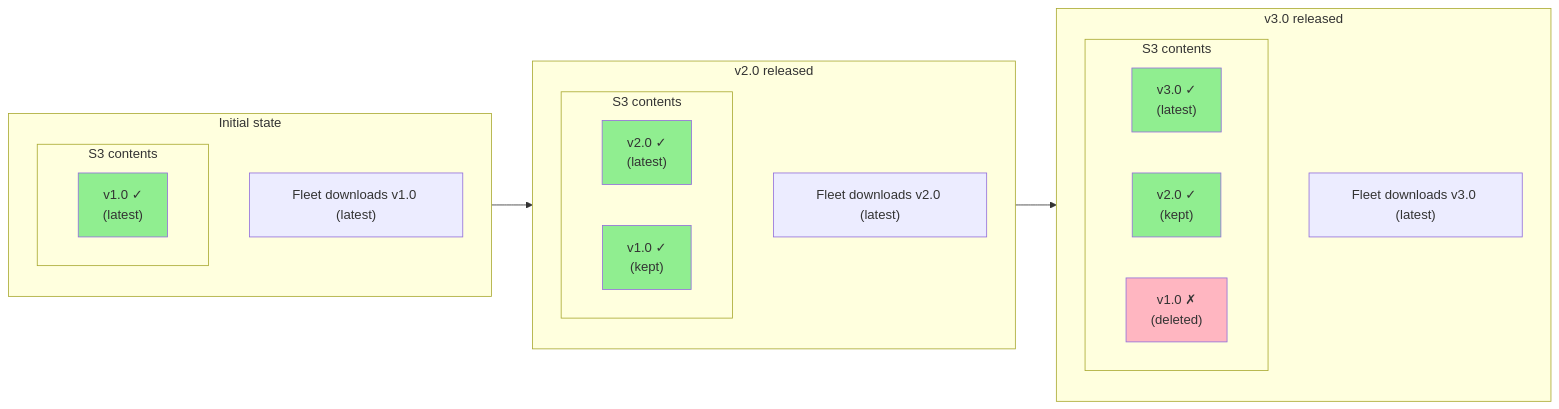
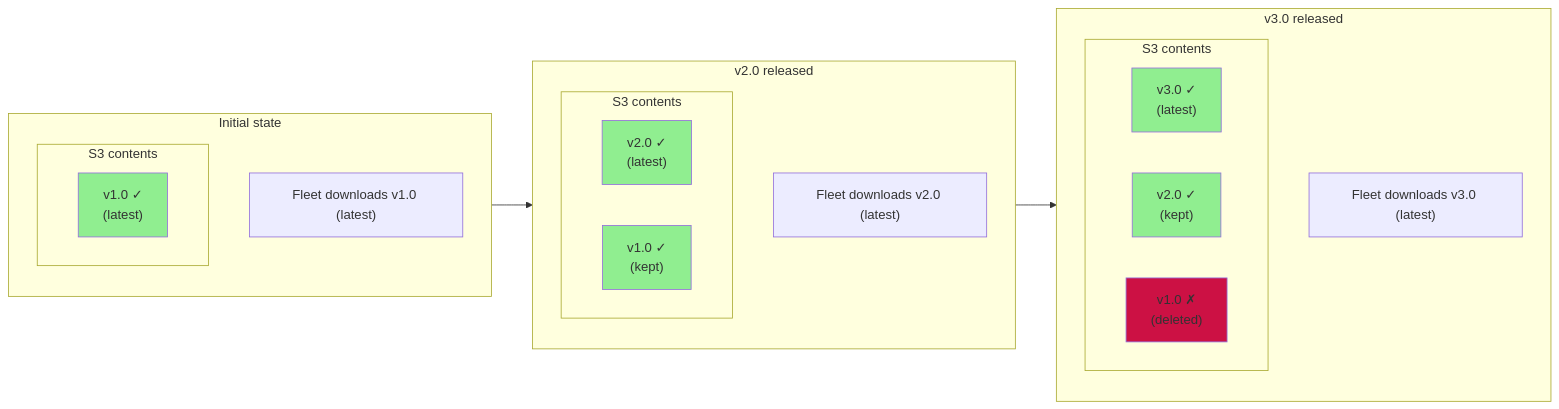
Before and after one commit to fleetdm/fleet: the first of 4 diagrams in docs/Contributing/product-groups/software/rollback-fleet-maintained-app-version.md, drawn with Mermaid. The commit also changed other lines of this file, not shown here.

Commit message:
update diagram colors

````diff
--- a/docs/Contributing/product-groups/software/rollback-fleet-maintained-app-version.md
+++ b/docs/Contributing/product-groups/software/rollback-fleet-maintained-app-version.md
@@ -21,38 +21,38 @@
 ```mermaid
 flowchart LR
     subgraph T1["Initial state"]
         direction TB
         S1_title["Fleet downloads v1.0 (latest)"]
         subgraph S1["S3 contents"]
             S1_v1["v1.0 ✓<br/>(latest)"]
         end
     end
 
     subgraph T2["v2.0 released"]
         direction TB
         S2_title["Fleet downloads v2.0 (latest)"]
         subgraph S2["S3 contents"]
             S2_v2["v2.0 ✓<br/>(latest)"]
             S2_v1["v1.0 ✓<br/>(kept)"]
         end
     end
 
     subgraph T3["v3.0 released"]
         direction TB
         S3_title["Fleet downloads v3.0 (latest)"]
         subgraph S3["S3 contents"]
             S3_v3["v3.0 ✓<br/>(latest)"]
             S3_v2["v2.0 ✓<br/>(kept)"]
             S3_v1["v1.0 ✗<br/>(deleted)"]
         end
     end
 
     T1 --> T2 --> T3
 
     style S1_v1 fill:#90EE90
     style S2_v2 fill:#90EE90
     style S2_v1 fill:#90EE90
     style S3_v3 fill:#90EE90
     style S3_v2 fill:#90EE90
-    style S3_v1 fill:#FFB6C1
+    style S3_v1 fill:#CC1144
 ```
````
